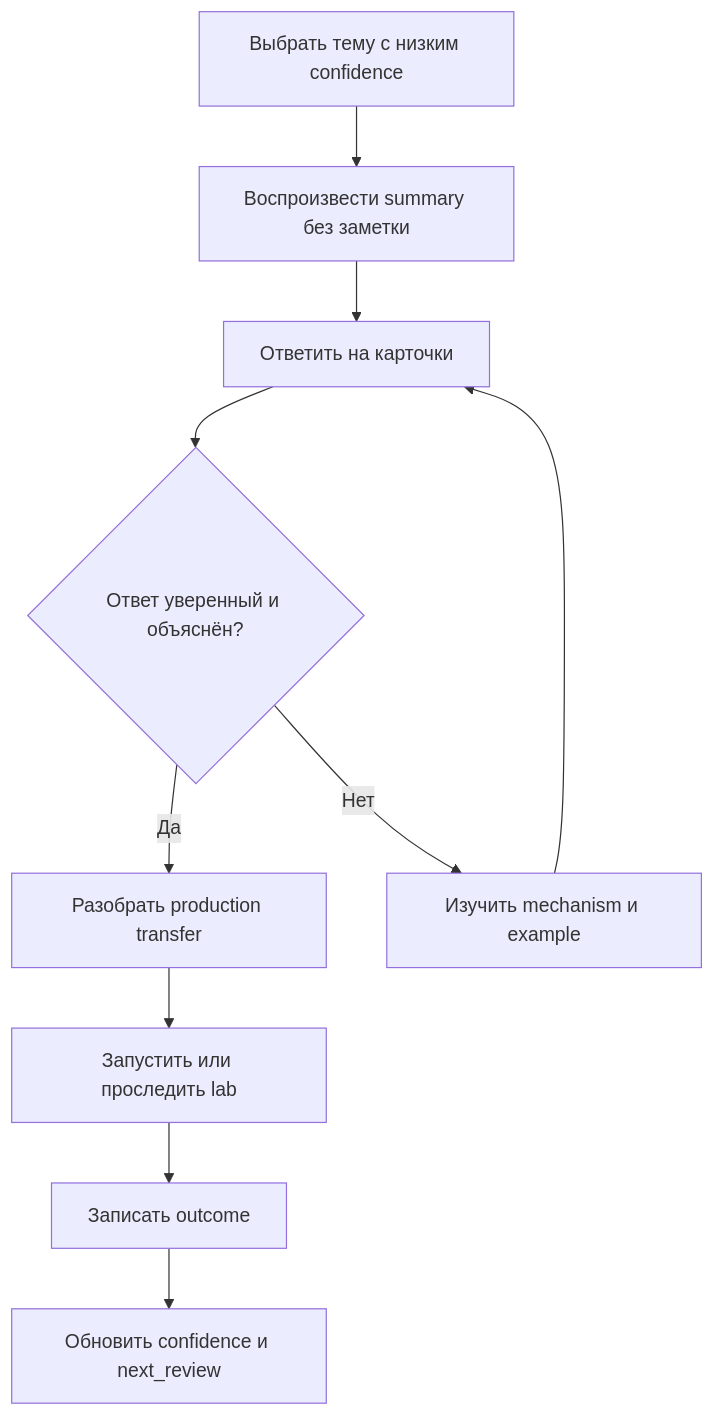
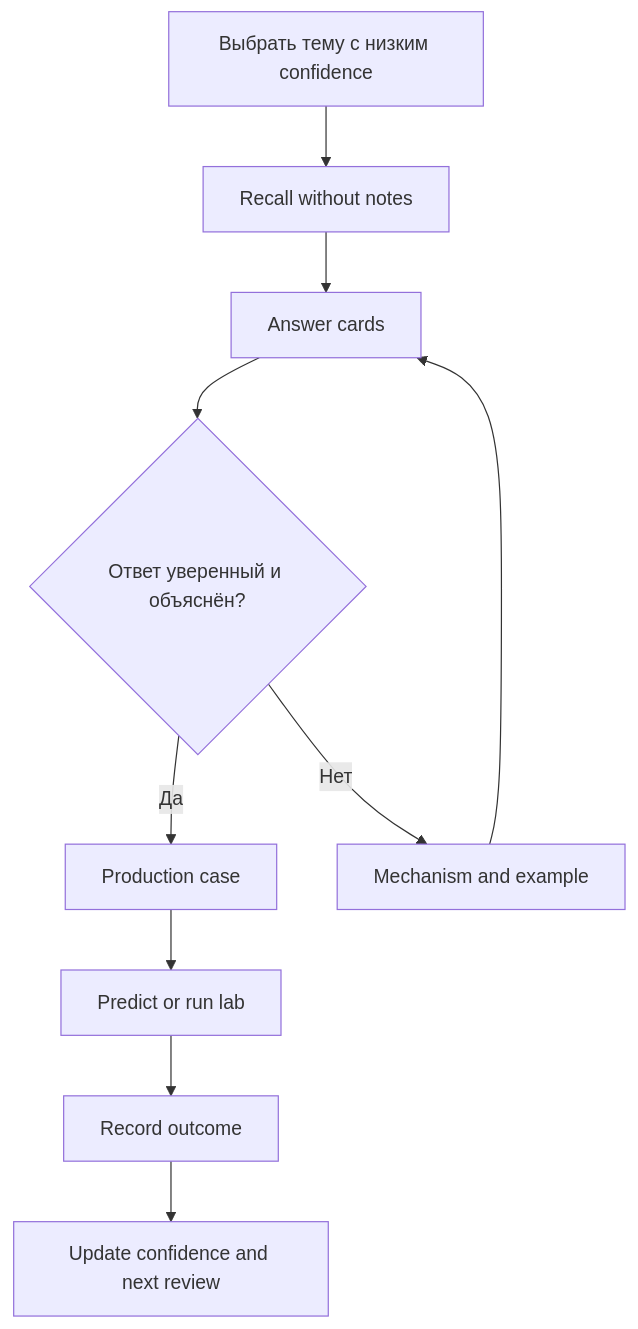
One commit to alimbetov/obsidian changed the third of 3 diagrams in 00_HOME/Java Backend Knowledge System.md. Above: the diagram before and after it, drawn with Mermaid. The commit also changed other lines of this file, not shown here.

````diff
--- a/00_HOME/Java Backend Knowledge System.md
+++ b/00_HOME/Java Backend Knowledge System.md
@@ -192,12 +216,12 @@
 ```mermaid
 flowchart TD
-    A[Выбрать тему с низким confidence] --> B[Воспроизвести summary без заметки]
-    B --> C[Ответить на карточки]
+    A[Выбрать тему с низким confidence] --> B[Recall without notes]
+    B --> C[Answer cards]
     C --> D{Ответ уверенный и объяснён?}
-    D -- Да --> E[Разобрать production transfer]
-    D -- Нет --> F[Изучить mechanism и example]
+    D -- Да --> E[Production case]
+    D -- Нет --> F[Mechanism and example]
     F --> C
-    E --> G[Запустить или проследить lab]
-    G --> H[Записать outcome]
-    H --> I[Обновить confidence и next_review]
+    E --> G[Predict or run lab]
+    G --> H[Record outcome]
+    H --> I[Update confidence and next review]
 ```
````
